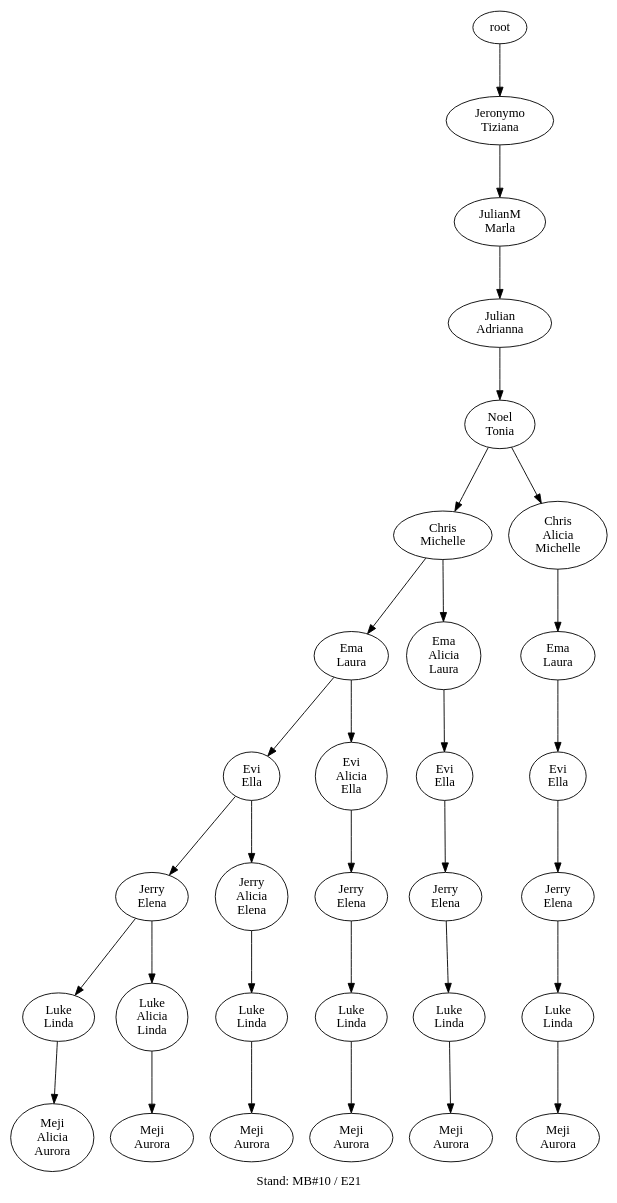
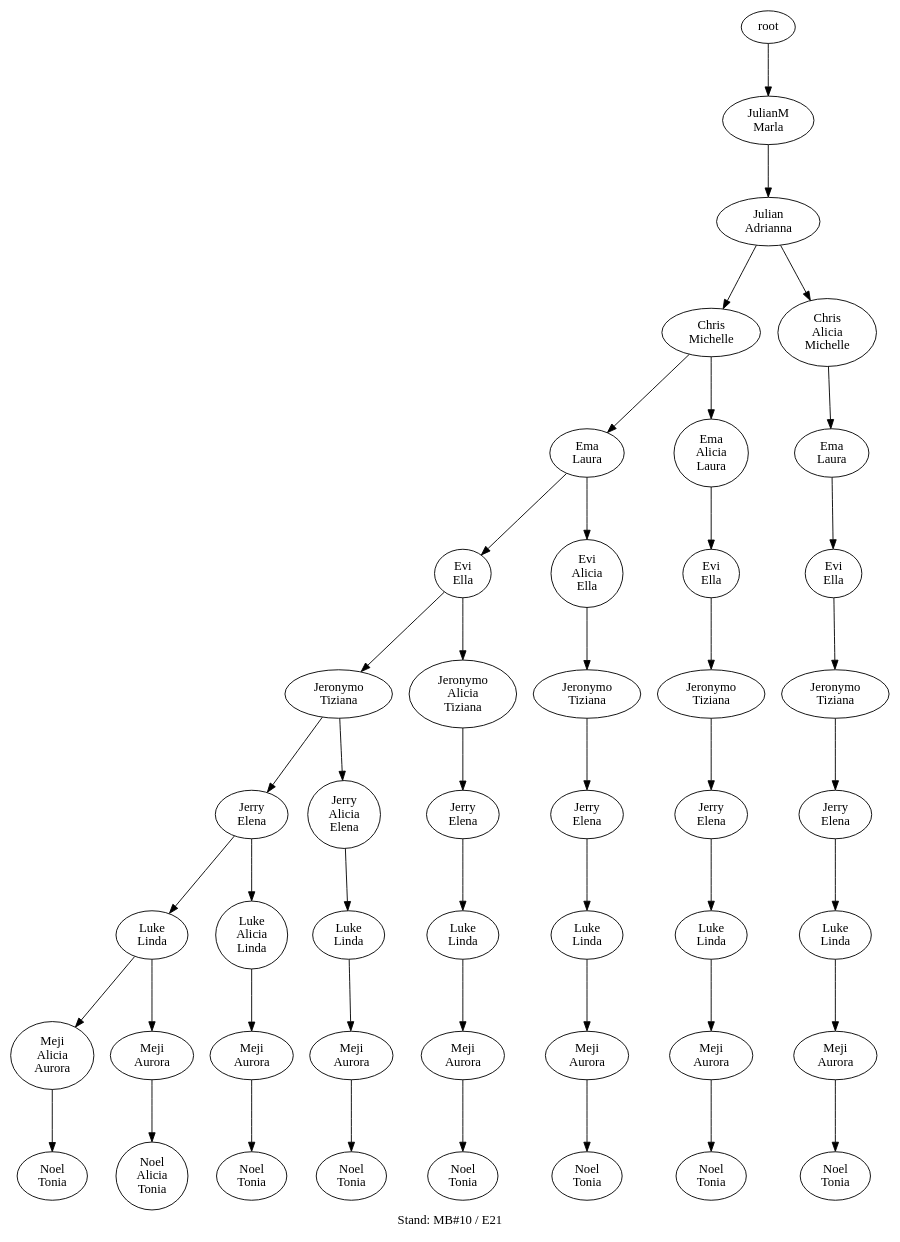
Before and after one commit to atticus-sullivan/sim-ayto: the diagram in data/de07/de07_20_tree_.dot, drawn with Graphviz. The commit also changed 29 other files, not shown here.

```diff
--- a/data/de07/de07_20_tree_.dot
+++ b/data/de07/de07_20_tree_.dot
@@ -1,62 +1,92 @@
 digraph D { labelloc="b"; label="Stand: MB#10 / E21"; ranksep=0.8;
-"root/100000000"[label="Jeronymo\nTiziana"]
-"root" -> "root/100000000";
-"root/100000000/1000000"[label="JulianM\nMarla"]
-"root/100000000" -> "root/100000000/1000000";
-"root/100000000/1000000/1"[label="Julian\nAdrianna"]
-"root/100000000/1000000" -> "root/100000000/1000000/1";
-"root/100000000/1000000/1/1000000000"[label="Noel\nTonia"]
-"root/100000000/1000000/1" -> "root/100000000/1000000/1/1000000000";
-"root/100000000/1000000/1/1000000000/10000000"[label="Chris\nMichelle"]
-"root/100000000/1000000/1/1000000000" -> "root/100000000/1000000/1/1000000000/10000000";
-"root/100000000/1000000/1/1000000000/10000000/10000"[label="Ema\nLaura"]
-"root/100000000/1000000/1/1000000000/10000000" -> "root/100000000/1000000/1/1000000000/10000000/10000";
-"root/100000000/1000000/1/1000000000/10000000/10000/1000"[label="Evi\nElla"]
-"root/100000000/1000000/1/1000000000/10000000/10000" -> "root/100000000/1000000/1/1000000000/10000000/10000/1000";
-"root/100000000/1000000/1/1000000000/10000000/10000/1000/100"[label="Jerry\nElena"]
-"root/100000000/1000000/1/1000000000/10000000/10000/1000" -> "root/100000000/1000000/1/1000000000/10000000/10000/1000/100";
-"root/100000000/1000000/1/1000000000/10000000/10000/1000/100/100000"[label="Luke\nLinda"]
-"root/100000000/1000000/1/1000000000/10000000/10000/1000/100" -> "root/100000000/1000000/1/1000000000/10000000/10000/1000/100/100000";
-"root/100000000/1000000/1/1000000000/10000000/10000/1000/100/100000/10000000010"[label="Meji\nAlicia\nAurora"]
-"root/100000000/1000000/1/1000000000/10000000/10000/1000/100/100000" -> "root/100000000/1000000/1/1000000000/10000000/10000/1000/100/100000/10000000010";
-"root/100000000/1000000/1/1000000000/10000010"[label="Chris\nAlicia\nMichelle"]
-"root/100000000/1000000/1/1000000000" -> "root/100000000/1000000/1/1000000000/10000010";
-"root/100000000/1000000/1/1000000000/10000010/10000"[label="Ema\nLaura"]
-"root/100000000/1000000/1/1000000000/10000010" -> "root/100000000/1000000/1/1000000000/10000010/10000";
-"root/100000000/1000000/1/1000000000/10000010/10000/1000"[label="Evi\nElla"]
-"root/100000000/1000000/1/1000000000/10000010/10000" -> "root/100000000/1000000/1/1000000000/10000010/10000/1000";
-"root/100000000/1000000/1/1000000000/10000010/10000/1000/100"[label="Jerry\nElena"]
-"root/100000000/1000000/1/1000000000/10000010/10000/1000" -> "root/100000000/1000000/1/1000000000/10000010/10000/1000/100";
-"root/100000000/1000000/1/1000000000/10000010/10000/1000/100/100000"[label="Luke\nLinda"]
-"root/100000000/1000000/1/1000000000/10000010/10000/1000/100" -> "root/100000000/1000000/1/1000000000/10000010/10000/1000/100/100000";
-"root/100000000/1000000/1/1000000000/10000010/10000/1000/100/100000/10000000000"[label="Meji\nAurora"]
-"root/100000000/1000000/1/1000000000/10000010/10000/1000/100/100000" -> "root/100000000/1000000/1/1000000000/10000010/10000/1000/100/100000/10000000000";
-"root/100000000/1000000/1/1000000000/10000000/10000/1000/100/100010"[label="Luke\nAlicia\nLinda"]
-"root/100000000/1000000/1/1000000000/10000000/10000/1000/100" -> "root/100000000/1000000/1/1000000000/10000000/10000/1000/100/100010";
-"root/100000000/1000000/1/1000000000/10000000/10000/1000/100/100010/10000000000"[label="Meji\nAurora"]
-"root/100000000/1000000/1/1000000000/10000000/10000/1000/100/100010" -> "root/100000000/1000000/1/1000000000/10000000/10000/1000/100/100010/10000000000";
-"root/100000000/1000000/1/1000000000/10000000/10010"[label="Ema\nAlicia\nLaura"]
-"root/100000000/1000000/1/1000000000/10000000" -> "root/100000000/1000000/1/1000000000/10000000/10010";
-"root/100000000/1000000/1/1000000000/10000000/10010/1000"[label="Evi\nElla"]
-"root/100000000/1000000/1/1000000000/10000000/10010" -> "root/100000000/1000000/1/1000000000/10000000/10010/1000";
-"root/100000000/1000000/1/1000000000/10000000/10010/1000/100"[label="Jerry\nElena"]
-"root/100000000/1000000/1/1000000000/10000000/10010/1000" -> "root/100000000/1000000/1/1000000000/10000000/10010/1000/100";
-"root/100000000/1000000/1/1000000000/10000000/10010/1000/100/100000"[label="Luke\nLinda"]
-"root/100000000/1000000/1/1000000000/10000000/10010/1000/100" -> "root/100000000/1000000/1/1000000000/10000000/10010/1000/100/100000";
-"root/100000000/1000000/1/1000000000/10000000/10010/1000/100/100000/10000000000"[label="Meji\nAurora"]
-"root/100000000/1000000/1/1000000000/10000000/10010/1000/100/100000" -> "root/100000000/1000000/1/1000000000/10000000/10010/1000/100/100000/10000000000";
-"root/100000000/1000000/1/1000000000/10000000/10000/1010"[label="Evi\nAlicia\nElla"]
-"root/100000000/1000000/1/1000000000/10000000/10000" -> "root/100000000/1000000/1/1000000000/10000000/10000/1010";
-"root/100000000/1000000/1/1000000000/10000000/10000/1010/100"[label="Jerry\nElena"]
-"root/100000000/1000000/1/1000000000/10000000/10000/1010" -> "root/100000000/1000000/1/1000000000/10000000/10000/1010/100";
-"root/100000000/1000000/1/1000000000/10000000/10000/1010/100/100000"[label="Luke\nLinda"]
-"root/100000000/1000000/1/1000000000/10000000/10000/1010/100" -> "root/100000000/1000000/1/1000000000/10000000/10000/1010/100/100000";
-"root/100000000/1000000/1/1000000000/10000000/10000/1010/100/100000/10000000000"[label="Meji\nAurora"]
-"root/100000000/1000000/1/1000000000/10000000/10000/1010/100/100000" -> "root/100000000/1000000/1/1000000000/10000000/10000/1010/100/100000/10000000000";
-"root/100000000/1000000/1/1000000000/10000000/10000/1000/110"[label="Jerry\nAlicia\nElena"]
-"root/100000000/1000000/1/1000000000/10000000/10000/1000" -> "root/100000000/1000000/1/1000000000/10000000/10000/1000/110";
-"root/100000000/1000000/1/1000000000/10000000/10000/1000/110/100000"[label="Luke\nLinda"]
-"root/100000000/1000000/1/1000000000/10000000/10000/1000/110" -> "root/100000000/1000000/1/1000000000/10000000/10000/1000/110/100000";
-"root/100000000/1000000/1/1000000000/10000000/10000/1000/110/100000/10000000000"[label="Meji\nAurora"]
-"root/100000000/1000000/1/1000000000/10000000/10000/1000/110/100000" -> "root/100000000/1000000/1/1000000000/10000000/10000/1000/110/100000/10000000000";
+"root/1000000"[label="JulianM\nMarla"]
+"root" -> "root/1000000";
+"root/1000000/1"[label="Julian\nAdrianna"]
+"root/1000000" -> "root/1000000/1";
+"root/1000000/1/10000000"[label="Chris\nMichelle"]
+"root/1000000/1" -> "root/1000000/1/10000000";
+"root/1000000/1/10000000/10000"[label="Ema\nLaura"]
+"root/1000000/1/10000000" -> "root/1000000/1/10000000/10000";
+"root/1000000/1/10000000/10000/1000"[label="Evi\nElla"]
+"root/1000000/1/10000000/10000" -> "root/1000000/1/10000000/10000/1000";
+"root/1000000/1/10000000/10000/1000/100000000"[label="Jeronymo\nTiziana"]
+"root/1000000/1/10000000/10000/1000" -> "root/1000000/1/10000000/10000/1000/100000000";
+"root/1000000/1/10000000/10000/1000/100000000/100"[label="Jerry\nElena"]
+"root/1000000/1/10000000/10000/1000/100000000" -> "root/1000000/1/10000000/10000/1000/100000000/100";
+"root/1000000/1/10000000/10000/1000/100000000/100/100000"[label="Luke\nLinda"]
+"root/1000000/1/10000000/10000/1000/100000000/100" -> "root/1000000/1/10000000/10000/1000/100000000/100/100000";
+"root/1000000/1/10000000/10000/1000/100000000/100/100000/10000000010"[label="Meji\nAlicia\nAurora"]
+"root/1000000/1/10000000/10000/1000/100000000/100/100000" -> "root/1000000/1/10000000/10000/1000/100000000/100/100000/10000000010";
+"root/1000000/1/10000000/10000/1000/100000000/100/100000/10000000010/1000000000"[label="Noel\nTonia"]
+"root/1000000/1/10000000/10000/1000/100000000/100/100000/10000000010" -> "root/1000000/1/10000000/10000/1000/100000000/100/100000/10000000010/1000000000";
+"root/1000000/1/10000010"[label="Chris\nAlicia\nMichelle"]
+"root/1000000/1" -> "root/1000000/1/10000010";
+"root/1000000/1/10000010/10000"[label="Ema\nLaura"]
+"root/1000000/1/10000010" -> "root/1000000/1/10000010/10000";
+"root/1000000/1/10000010/10000/1000"[label="Evi\nElla"]
+"root/1000000/1/10000010/10000" -> "root/1000000/1/10000010/10000/1000";
+"root/1000000/1/10000010/10000/1000/100000000"[label="Jeronymo\nTiziana"]
+"root/1000000/1/10000010/10000/1000" -> "root/1000000/1/10000010/10000/1000/100000000";
+"root/1000000/1/10000010/10000/1000/100000000/100"[label="Jerry\nElena"]
+"root/1000000/1/10000010/10000/1000/100000000" -> "root/1000000/1/10000010/10000/1000/100000000/100";
+"root/1000000/1/10000010/10000/1000/100000000/100/100000"[label="Luke\nLinda"]
+"root/1000000/1/10000010/10000/1000/100000000/100" -> "root/1000000/1/10000010/10000/1000/100000000/100/100000";
+"root/1000000/1/10000010/10000/1000/100000000/100/100000/10000000000"[label="Meji\nAurora"]
+"root/1000000/1/10000010/10000/1000/100000000/100/100000" -> "root/1000000/1/10000010/10000/1000/100000000/100/100000/10000000000";
+"root/1000000/1/10000010/10000/1000/100000000/100/100000/10000000000/1000000000"[label="Noel\nTonia"]
+"root/1000000/1/10000010/10000/1000/100000000/100/100000/10000000000" -> "root/1000000/1/10000010/10000/1000/100000000/100/100000/10000000000/1000000000";
+"root/1000000/1/10000000/10000/1000/100000000/100/100010"[label="Luke\nAlicia\nLinda"]
+"root/1000000/1/10000000/10000/1000/100000000/100" -> "root/1000000/1/10000000/10000/1000/100000000/100/100010";
+"root/1000000/1/10000000/10000/1000/100000000/100/100010/10000000000"[label="Meji\nAurora"]
+"root/1000000/1/10000000/10000/1000/100000000/100/100010" -> "root/1000000/1/10000000/10000/1000/100000000/100/100010/10000000000";
+"root/1000000/1/10000000/10000/1000/100000000/100/100010/10000000000/1000000000"[label="Noel\nTonia"]
+"root/1000000/1/10000000/10000/1000/100000000/100/100010/10000000000" -> "root/1000000/1/10000000/10000/1000/100000000/100/100010/10000000000/1000000000";
+"root/1000000/1/10000000/10010"[label="Ema\nAlicia\nLaura"]
+"root/1000000/1/10000000" -> "root/1000000/1/10000000/10010";
+"root/1000000/1/10000000/10010/1000"[label="Evi\nElla"]
+"root/1000000/1/10000000/10010" -> "root/1000000/1/10000000/10010/1000";
+"root/1000000/1/10000000/10010/1000/100000000"[label="Jeronymo\nTiziana"]
+"root/1000000/1/10000000/10010/1000" -> "root/1000000/1/10000000/10010/1000/100000000";
+"root/1000000/1/10000000/10010/1000/100000000/100"[label="Jerry\nElena"]
+"root/1000000/1/10000000/10010/1000/100000000" -> "root/1000000/1/10000000/10010/1000/100000000/100";
+"root/1000000/1/10000000/10010/1000/100000000/100/100000"[label="Luke\nLinda"]
+"root/1000000/1/10000000/10010/1000/100000000/100" -> "root/1000000/1/10000000/10010/1000/100000000/100/100000";
+"root/1000000/1/10000000/10010/1000/100000000/100/100000/10000000000"[label="Meji\nAurora"]
+"root/1000000/1/10000000/10010/1000/100000000/100/100000" -> "root/1000000/1/10000000/10010/1000/100000000/100/100000/10000000000";
+"root/1000000/1/10000000/10010/1000/100000000/100/100000/10000000000/1000000000"[label="Noel\nTonia"]
+"root/1000000/1/10000000/10010/1000/100000000/100/100000/10000000000" -> "root/1000000/1/10000000/10010/1000/100000000/100/100000/10000000000/1000000000";
+"root/1000000/1/10000000/10000/1010"[label="Evi\nAlicia\nElla"]
+"root/1000000/1/10000000/10000" -> "root/1000000/1/10000000/10000/1010";
+"root/1000000/1/10000000/10000/1010/100000000"[label="Jeronymo\nTiziana"]
+"root/1000000/1/10000000/10000/1010" -> "root/1000000/1/10000000/10000/1010/100000000";
+"root/1000000/1/10000000/10000/1010/100000000/100"[label="Jerry\nElena"]
+"root/1000000/1/10000000/10000/1010/100000000" -> "root/1000000/1/10000000/10000/1010/100000000/100";
+"root/1000000/1/10000000/10000/1010/100000000/100/100000"[label="Luke\nLinda"]
+"root/1000000/1/10000000/10000/1010/100000000/100" -> "root/1000000/1/10000000/10000/1010/100000000/100/100000";
+"root/1000000/1/10000000/10000/1010/100000000/100/100000/10000000000"[label="Meji\nAurora"]
+"root/1000000/1/10000000/10000/1010/100000000/100/100000" -> "root/1000000/1/10000000/10000/1010/100000000/100/100000/10000000000";
+"root/1000000/1/10000000/10000/1010/100000000/100/100000/10000000000/1000000000"[label="Noel\nTonia"]
+"root/1000000/1/10000000/10000/1010/100000000/100/100000/10000000000" -> "root/1000000/1/10000000/10000/1010/100000000/100/100000/10000000000/1000000000";
+"root/1000000/1/10000000/10000/1000/100000000/110"[label="Jerry\nAlicia\nElena"]
+"root/1000000/1/10000000/10000/1000/100000000" -> "root/1000000/1/10000000/10000/1000/100000000/110";
+"root/1000000/1/10000000/10000/1000/100000000/110/100000"[label="Luke\nLinda"]
+"root/1000000/1/10000000/10000/1000/100000000/110" -> "root/1000000/1/10000000/10000/1000/100000000/110/100000";
+"root/1000000/1/10000000/10000/1000/100000000/110/100000/10000000000"[label="Meji\nAurora"]
+"root/1000000/1/10000000/10000/1000/100000000/110/100000" -> "root/1000000/1/10000000/10000/1000/100000000/110/100000/10000000000";
+"root/1000000/1/10000000/10000/1000/100000000/110/100000/10000000000/1000000000"[label="Noel\nTonia"]
+"root/1000000/1/10000000/10000/1000/100000000/110/100000/10000000000" -> "root/1000000/1/10000000/10000/1000/100000000/110/100000/10000000000/1000000000";
+"root/1000000/1/10000000/10000/1000/100000010"[label="Jeronymo\nAlicia\nTiziana"]
+"root/1000000/1/10000000/10000/1000" -> "root/1000000/1/10000000/10000/1000/100000010";
+"root/1000000/1/10000000/10000/1000/100000010/100"[label="Jerry\nElena"]
+"root/1000000/1/10000000/10000/1000/100000010" -> "root/1000000/1/10000000/10000/1000/100000010/100";
+"root/1000000/1/10000000/10000/1000/100000010/100/100000"[label="Luke\nLinda"]
+"root/1000000/1/10000000/10000/1000/100000010/100" -> "root/1000000/1/10000000/10000/1000/100000010/100/100000";
+"root/1000000/1/10000000/10000/1000/100000010/100/100000/10000000000"[label="Meji\nAurora"]
+"root/1000000/1/10000000/10000/1000/100000010/100/100000" -> "root/1000000/1/10000000/10000/1000/100000010/100/100000/10000000000";
+"root/1000000/1/10000000/10000/1000/100000010/100/100000/10000000000/1000000000"[label="Noel\nTonia"]
+"root/1000000/1/10000000/10000/1000/100000010/100/100000/10000000000" -> "root/1000000/1/10000000/10000/1000/100000010/100/100000/10000000000/1000000000";
+"root/1000000/1/10000000/10000/1000/100000000/100/100000/10000000000"[label="Meji\nAurora"]
+"root/1000000/1/10000000/10000/1000/100000000/100/100000" -> "root/1000000/1/10000000/10000/1000/100000000/100/100000/10000000000";
+"root/1000000/1/10000000/10000/1000/100000000/100/100000/10000000000/1000000010"[label="Noel\nAlicia\nTonia"]
+"root/1000000/1/10000000/10000/1000/100000000/100/100000/10000000000" -> "root/1000000/1/10000000/10000/1000/100000000/100/100000/10000000000/1000000010";
 }
```
